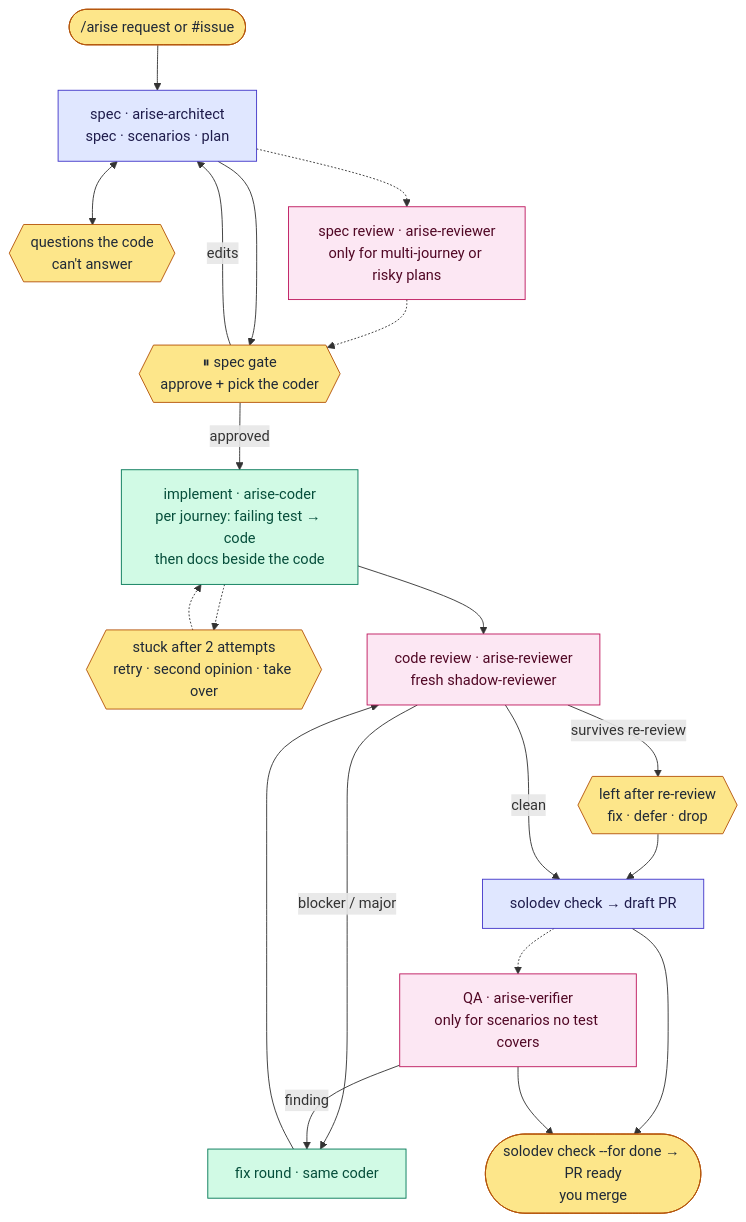
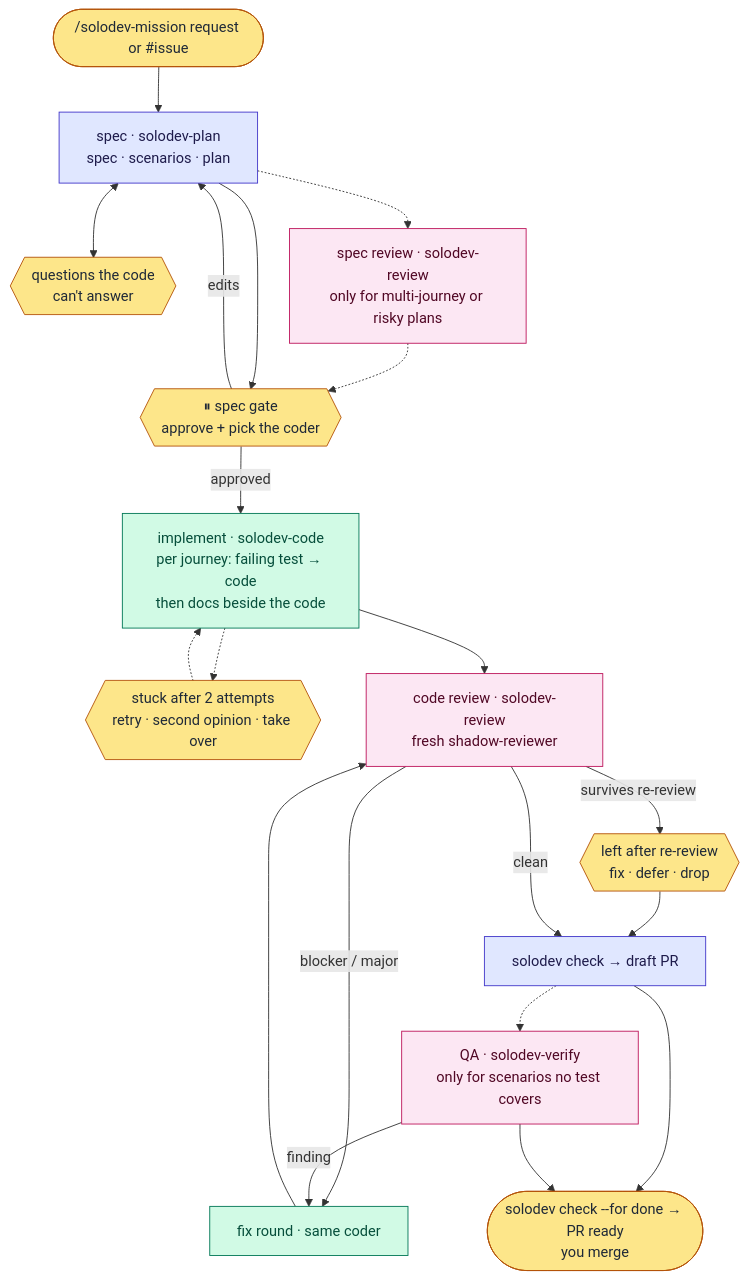
Before and after one commit to luisintosh/solodev: the diagram in README.md, drawn with Mermaid. The commit also changed other lines of this file and 39 other files, not shown here.

Commit message:
refactor: rename skills to solodev-<action>, arise to solodev-mission

````diff
--- a/README.md
+++ b/README.md
@@ -131,37 +132,37 @@
 ```mermaid
 flowchart TD
-  req(["/arise request or #issue"]):::human
-  spec["spec · arise-architect<br/>spec · scenarios · plan"]:::think
+  req(["/solodev-mission request or #issue"]):::human
+  spec["spec · solodev-plan<br/>spec · scenarios · plan"]:::think
   ask{{"questions the code<br/>can't answer"}}:::human
-  sreview["spec review · arise-reviewer<br/>only for multi-journey or risky plans"]:::review
+  sreview["spec review · solodev-review<br/>only for multi-journey or risky plans"]:::review
   gate{{"⏸ spec gate<br/>approve + pick the coder"}}:::human
-  impl["implement · arise-coder<br/>per journey: failing test → code<br/>then docs beside the code"]:::writer
+  impl["implement · solodev-code<br/>per journey: failing test → code<br/>then docs beside the code"]:::writer
   stuck{{"stuck after 2 attempts<br/>retry · second opinion · take over"}}:::human
-  review["code review · arise-reviewer<br/>fresh shadow-reviewer"]:::review
+  review["code review · solodev-review<br/>fresh shadow-reviewer"]:::review
   fix["fix round · same coder"]:::writer
   dispute{{"left after re-review<br/>fix · defer · drop"}}:::human
   pr["solodev check → draft PR"]:::think
-  qa["QA · arise-verifier<br/>only for scenarios no test covers"]:::review
+  qa["QA · solodev-verify<br/>only for scenarios no test covers"]:::review
   done(["solodev check --for done → PR ready<br/>you merge"]):::human
 
   req --> spec
   spec <--> ask
   spec -.-> sreview -.-> gate
   spec --> gate
   gate -->|edits| spec
   gate -->|approved| impl
   impl -.-> stuck -.-> impl
   impl --> review
   review -->|blocker / major| fix --> review
   review -->|survives re-review| dispute --> pr
   review -->|clean| pr
   pr -.-> qa
   pr --> done
   qa -->|finding| fix
   qa --> done
 
   classDef human fill:#fde68a,stroke:#b45309,color:#1f2937
   classDef think fill:#e0e7ff,stroke:#4338ca,color:#1e1b4b
   classDef writer fill:#d1fae5,stroke:#047857,color:#064e3b
   classDef review fill:#fce7f3,stroke:#be185d,color:#500724
 ```
````
